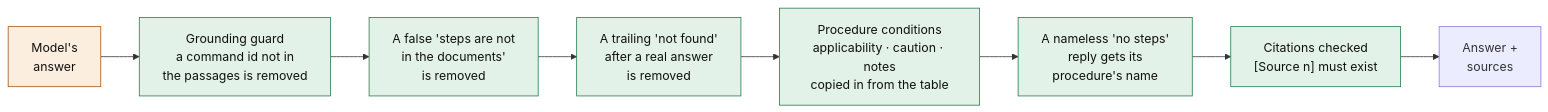
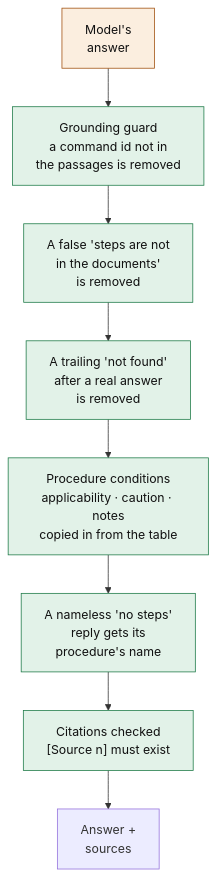
One commit to Anurag9557/SatelliteRAG changed the third of 5 diagrams in README.md. Above: the diagram before and after it, drawn with Mermaid. The commit also changed other lines of this file and 1 other file, not shown here.

First line of the commit message:
README: larger system and checks diagrams; GIT_SETUP: current layout

````diff
--- a/README.md
+++ b/README.md
@@ -193,15 +195,15 @@
 ```mermaid
-flowchart LR
+flowchart TB
     A["Model's<br/>answer"] --> G["Grounding guard<br/>a command id not in<br/>the passages is removed"]
     G --> N["A false 'steps are not<br/>in the documents'<br/>is removed"]
     N --> T["A trailing 'not found'<br/>after a real answer<br/>is removed"]
     T --> PC["Procedure conditions<br/>applicability · caution · notes<br/>copied in from the table"]
     PC --> NM["A nameless 'no steps'<br/>reply gets its<br/>procedure's name"]
     NM --> CI["Citations checked<br/>[Source n] must exist"]
     CI --> OUT["Answer +<br/>sources"]
 
     classDef code fill:#E2F2E8,stroke:#1D7A47,color:#111
     classDef model fill:#FBEEDF,stroke:#A0500E,color:#111
     class G,N,T,PC,NM,CI code
     class A model
 ```
````
